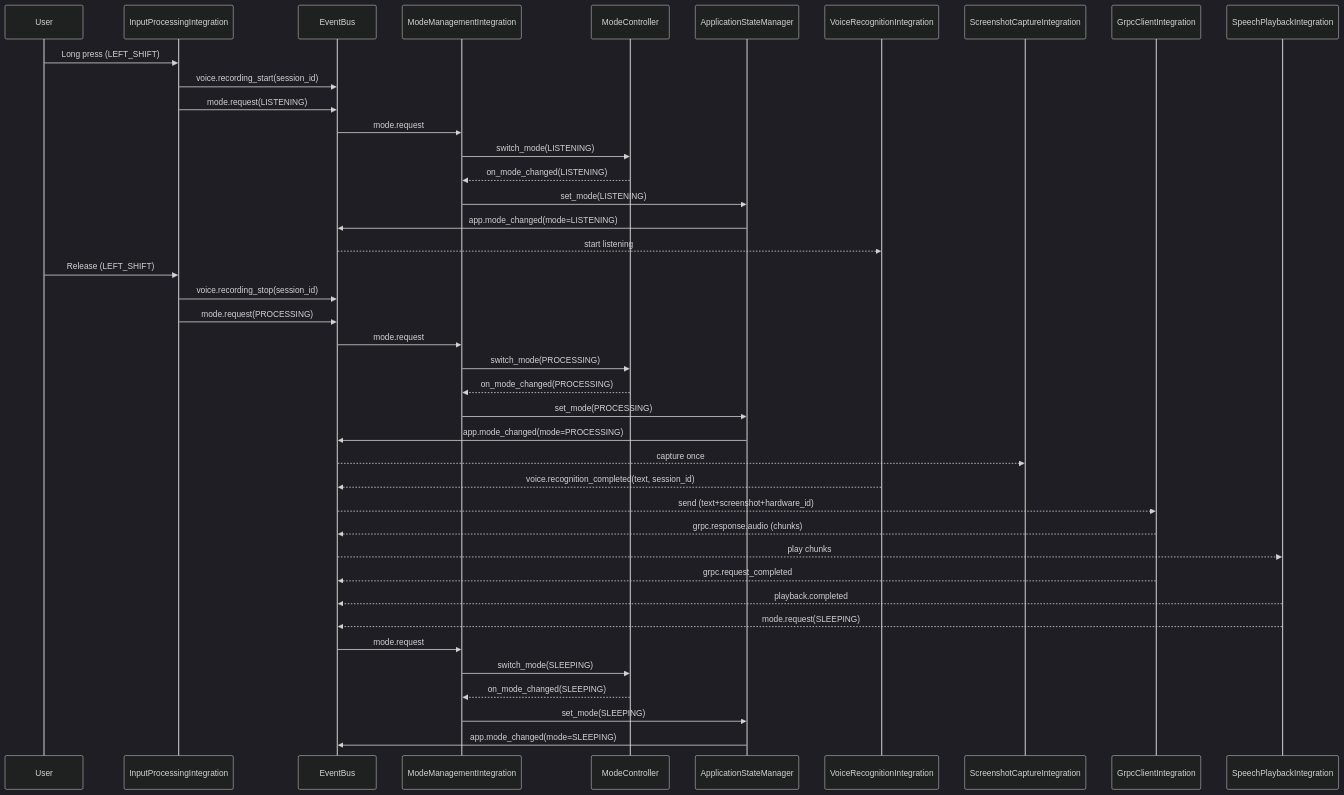
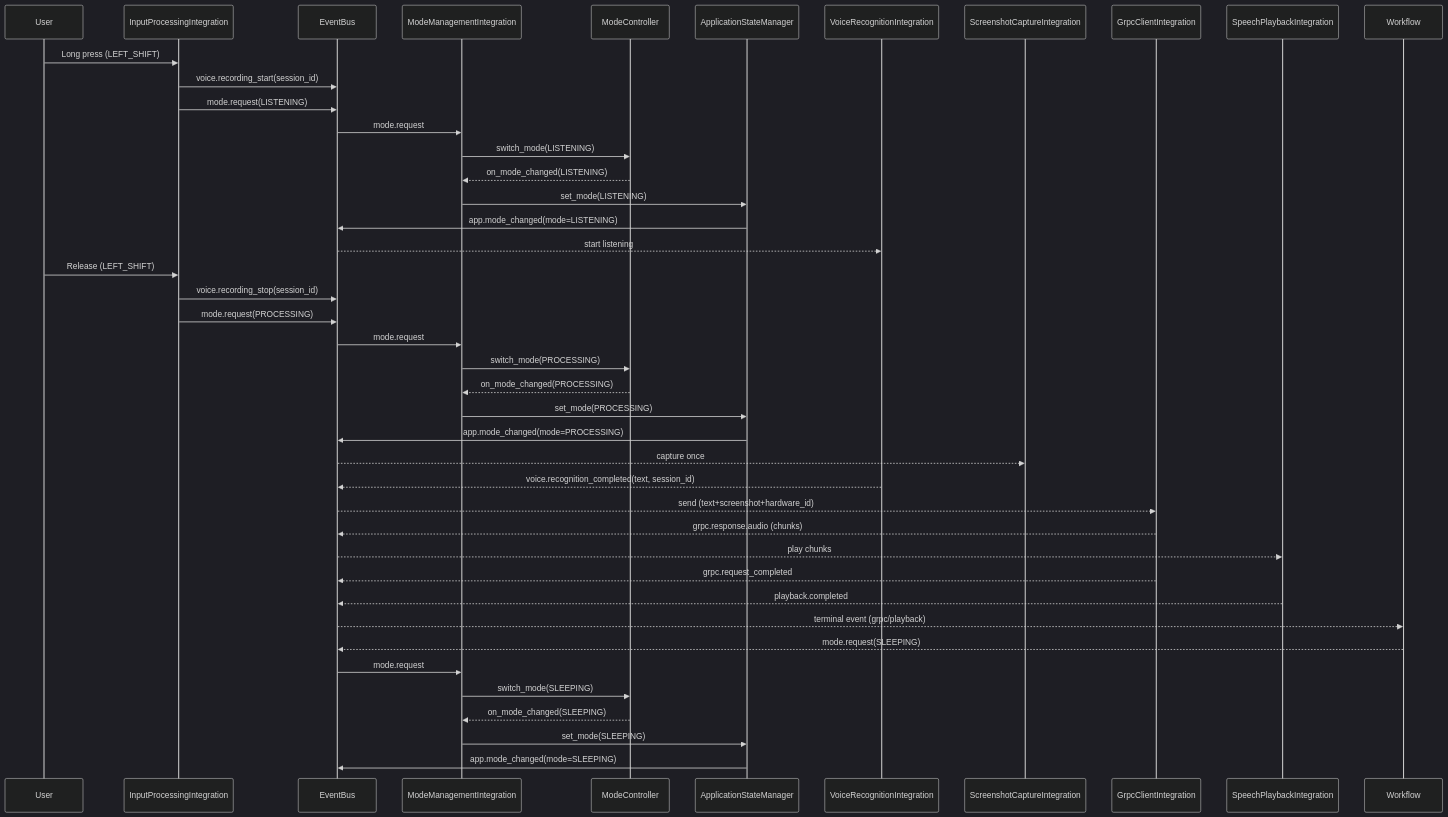
One commit to Seregawpn/Nexy_server changed the second of 4 diagrams in client/Docs/ARCHITECTURE_OVERVIEW.md. Above: the diagram before and after it, drawn with Mermaid (dark theme). The commit also changed other lines of this file and 119 other files, not shown here.

````diff
--- a/client/Docs/ARCHITECTURE_OVERVIEW.md
+++ b/client/Docs/ARCHITECTURE_OVERVIEW.md
@@ -650,45 +651,46 @@
 ```mermaid
 sequenceDiagram
     participant User
     participant Input as InputProcessingIntegration
     participant Bus as EventBus
     participant ModeMgmt as ModeManagementIntegration
     participant Ctrl as ModeController
     participant State as ApplicationStateManager
     participant VRec as VoiceRecognitionIntegration
     participant Shot as ScreenshotCaptureIntegration
     participant Grpc as GrpcClientIntegration
     participant Speech as SpeechPlaybackIntegration
 
     User->>Input: Long press (LEFT_SHIFT)
     Input->>Bus: voice.recording_start(session_id)
     Input->>Bus: mode.request(LISTENING)
     Bus->>ModeMgmt: mode.request
     ModeMgmt->>Ctrl: switch_mode(LISTENING)
     Ctrl-->>ModeMgmt: on_mode_changed(LISTENING)
     ModeMgmt->>State: set_mode(LISTENING)
     State->>Bus: app.mode_changed(mode=LISTENING)
     Bus-->>VRec: start listening
 
     User->>Input: Release (LEFT_SHIFT)
     Input->>Bus: voice.recording_stop(session_id)
     Input->>Bus: mode.request(PROCESSING)
     Bus->>ModeMgmt: mode.request
     ModeMgmt->>Ctrl: switch_mode(PROCESSING)
     Ctrl-->>ModeMgmt: on_mode_changed(PROCESSING)
     ModeMgmt->>State: set_mode(PROCESSING)
     State->>Bus: app.mode_changed(mode=PROCESSING)
     Bus-->>Shot: capture once
     VRec-->>Bus: voice.recognition_completed(text, session_id)
     Bus-->>Grpc: send (text+screenshot+hardware_id)
     Grpc-->>Bus: grpc.response.audio (chunks)
     Bus-->>Speech: play chunks
     Grpc-->>Bus: grpc.request_completed
     Speech-->>Bus: playback.completed
-    Speech-->>Bus: mode.request(SLEEPING)
+    Bus-->>Workflow: terminal event (grpc/playback)
+    Workflow-->>Bus: mode.request(SLEEPING)
     Bus->>ModeMgmt: mode.request
     ModeMgmt->>Ctrl: switch_mode(SLEEPING)
     Ctrl-->>ModeMgmt: on_mode_changed(SLEEPING)
     ModeMgmt->>State: set_mode(SLEEPING)
     State->>Bus: app.mode_changed(mode=SLEEPING)
 ```
````
